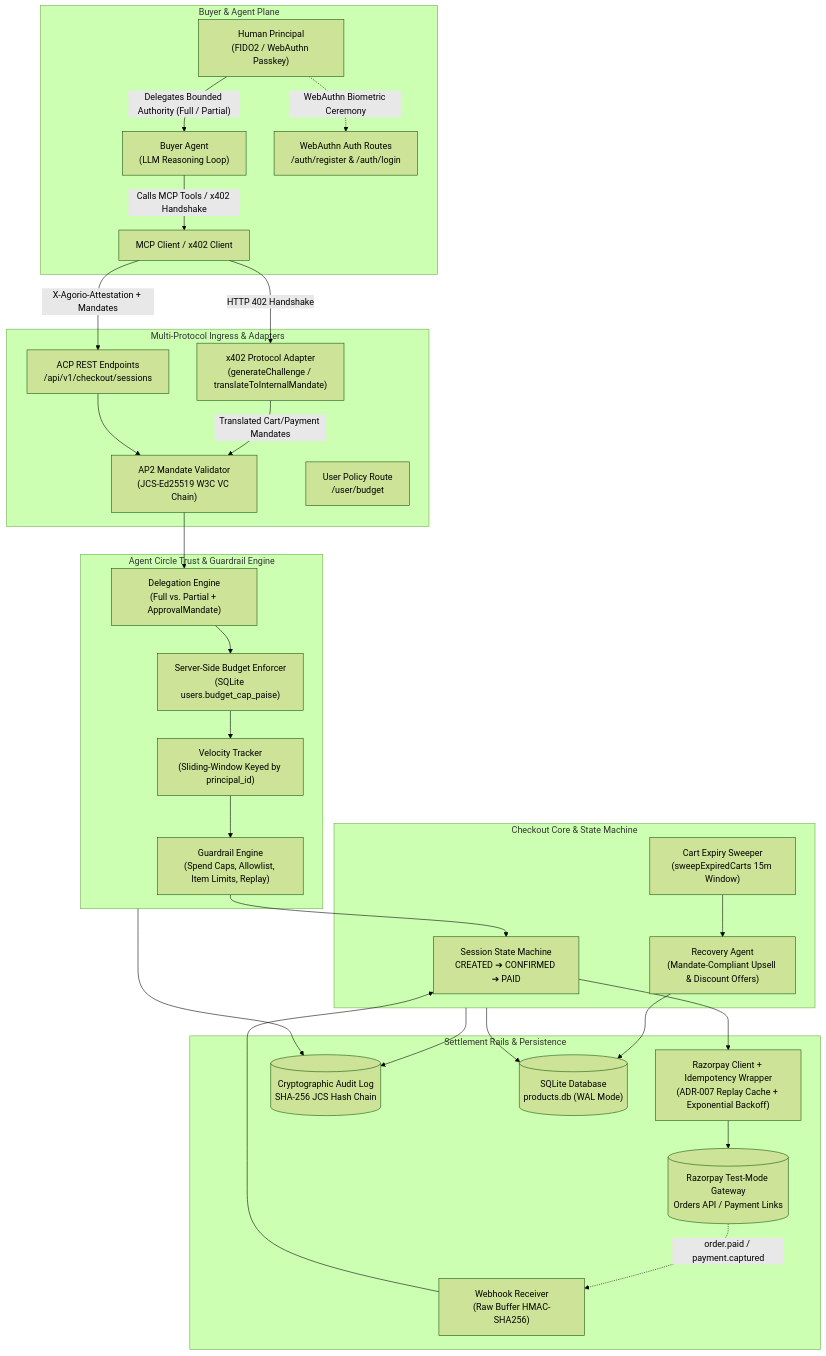
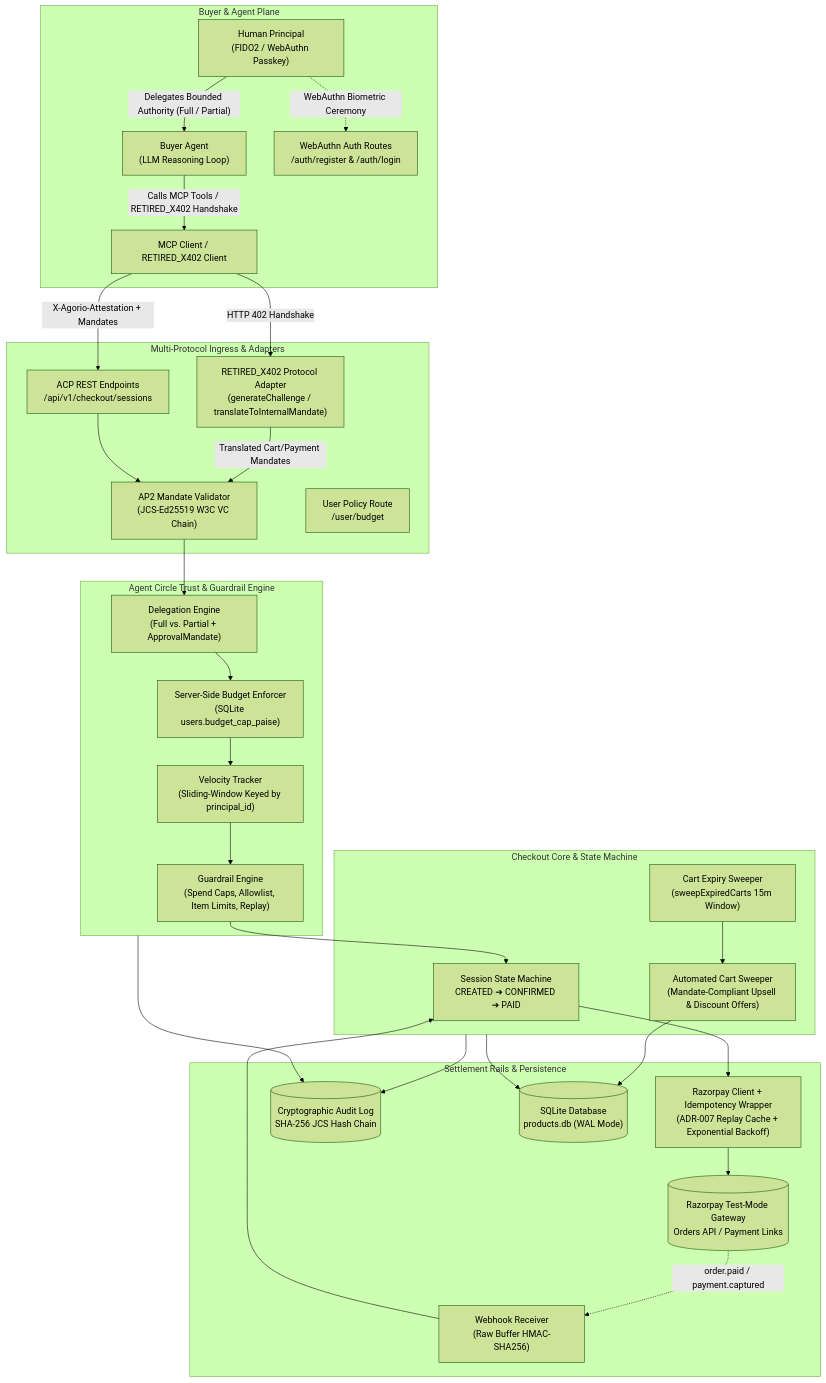
Before and after one commit to TanmayyyK/rzp-acp-implementation: the diagram in ARCHITECTURE.md, drawn with Mermaid (forest theme). The commit also changed other lines of this file and 61 other files, not shown here.

````diff
--- a/ARCHITECTURE.md
+++ b/ARCHITECTURE.md
@@ -12,59 +11,59 @@
 ```mermaid
 flowchart TD
   subgraph BuyerPlane["Buyer & Agent Plane"]
     Human["Human Principal<br/>(FIDO2 / WebAuthn Passkey)"]
     Agent["Buyer Agent<br/>(LLM Reasoning Loop)"]
-    MCPClient["MCP Client / x402 Client"]
+    MCPClient["MCP Client / RETIRED_X402 Client"]
     Human -->|"Delegates Bounded Authority (Full / Partial)"| Agent
     Human -.->|"WebAuthn Biometric Ceremony"| WebAuthnRoute
-    Agent -->|"Calls MCP Tools / x402 Handshake"| MCPClient
+    Agent -->|"Calls MCP Tools / RETIRED_X402 Handshake"| MCPClient
   end
 
   subgraph IngressAdapters["Multi-Protocol Ingress & Adapters"]
     ACPRoute["ACP REST Endpoints<br/>/api/v1/checkout/sessions"]
     AP2Validator["AP2 Mandate Validator<br/>(JCS-Ed25519 W3C VC Chain)"]
-    x402Adapter["x402 Protocol Adapter<br/>(generateChallenge / translateToInternalMandate)"]
+    RETIRED_X402Adapter["RETIRED_X402 Protocol Adapter<br/>(generateChallenge / translateToInternalMandate)"]
     WebAuthnRoute["WebAuthn Auth Routes<br/>/auth/register & /auth/login"]
     UserBudgetRoute["User Policy Route<br/>/user/budget"]
   end
 
   subgraph TrustEngine["Agent Circle Trust & Guardrail Engine"]
     Delegation["Delegation Engine<br/>(Full vs. Partial + ApprovalMandate)"]
     VelocityTracker["Velocity Tracker<br/>(Sliding-Window Keyed by principal_id)"]
     BudgetEnforcer["Server-Side Budget Enforcer<br/>(SQLite users.budget_cap_paise)"]
     Guardrails["Guardrail Engine<br/>(Spend Caps, Allowlist, Item Limits, Replay)"]
   end
 
   subgraph CoreServices["Checkout Core & State Machine"]
     SMM["Session State Machine<br/>CREATED ➔ CONFIRMED ➔ PAID"]
     SweepCarts["Cart Expiry Sweeper<br/>(sweepExpiredCarts 15m Window)"]
-    RecoveryAgent["Recovery Agent<br/>(Mandate-Compliant Upsell & Discount Offers)"]
+    RecoveryAgent["Automated Cart Sweeper<br/>(Mandate-Compliant Upsell & Discount Offers)"]
   end
 
   subgraph RailsAndPersistence["Settlement Rails & Persistence"]
     RZClient["Razorpay Client + Idempotency Wrapper<br/>(ADR-007 Replay Cache + Exponential Backoff)"]
     RZGateway[("Razorpay Test-Mode Gateway<br/>Orders API / Payment Links")]
     WebhookReceiver["Webhook Receiver<br/>(Raw Buffer HMAC-SHA256)"]
     AuditLog[("Cryptographic Audit Log<br/>SHA-256 JCS Hash Chain")]
     Database[("SQLite Database<br/>products.db (WAL Mode)")]
   end
 
   MCPClient -->|"X-Agorio-Attestation + Mandates"| ACPRoute
-  MCPClient -->|"HTTP 402 Handshake"| x402Adapter
-  x402Adapter -->|"Translated Cart/Payment Mandates"| AP2Validator
+  MCPClient -->|"HTTP 402 Handshake"| RETIRED_X402Adapter
+  RETIRED_X402Adapter -->|"Translated Cart/Payment Mandates"| AP2Validator
   ACPRoute --> AP2Validator
   AP2Validator --> Delegation
   Delegation --> BudgetEnforcer
   BudgetEnforcer --> VelocityTracker
   VelocityTracker --> Guardrails
   Guardrails --> SMM
   SMM --> RZClient
   RZClient --> RZGateway
   RZGateway -.->|"order.paid / payment.captured"| WebhookReceiver
   WebhookReceiver --> SMM
   SweepCarts --> RecoveryAgent
   RecoveryAgent --> Database
   CoreServices --> AuditLog
   TrustEngine --> AuditLog
   CoreServices --> Database
 ```
````
